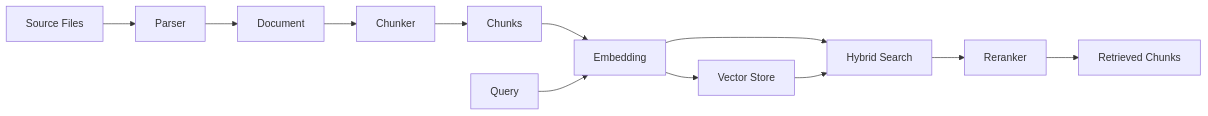
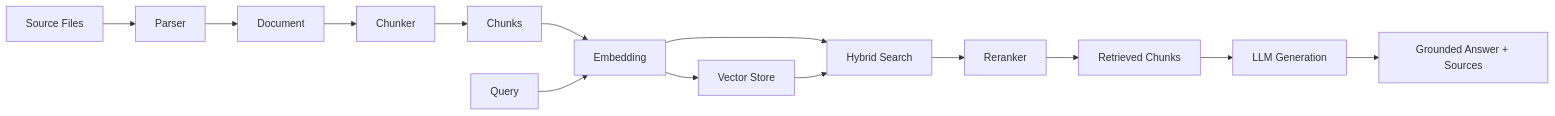
One commit to samsuljahith/RagForge changed the second of 3 diagrams in website/docs/core-concepts/architecture.md. Above: the diagram before and after it, drawn with Mermaid. The commit also changed other lines of this file and 16 other files, not shown here.

````diff
--- a/website/docs/core-concepts/architecture.md
+++ b/website/docs/core-concepts/architecture.md
@@ -91,14 +95,16 @@
 ```mermaid
 flowchart LR
     FILES[Source Files] --> PARSE[Parser]
     PARSE --> DOC[Document]
     DOC --> CHUNK[Chunker]
     CHUNK --> CHUNKS[Chunks]
     CHUNKS --> EMBED[Embedding]
     EMBED --> STORE[Vector Store]
     QUERY[Query] --> EMBED
     EMBED --> SEARCH[Hybrid Search]
     STORE --> SEARCH
     SEARCH --> RERANK[Reranker]
     RERANK --> RESULTS[Retrieved Chunks]
+    RESULTS --> LLM[LLM Generation]
+    LLM --> ANSWER[Grounded Answer + Sources]
 ```
````
